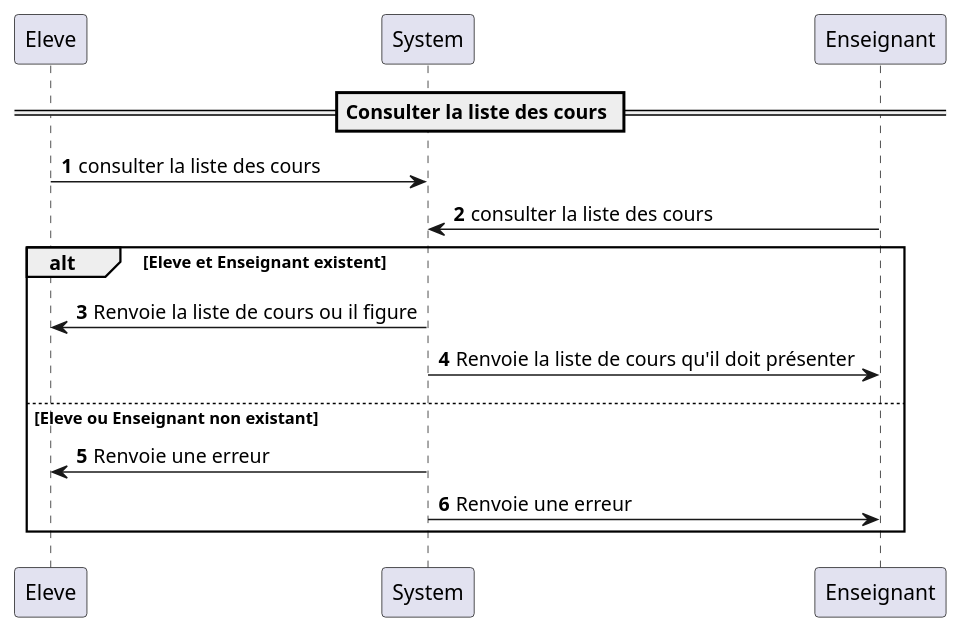
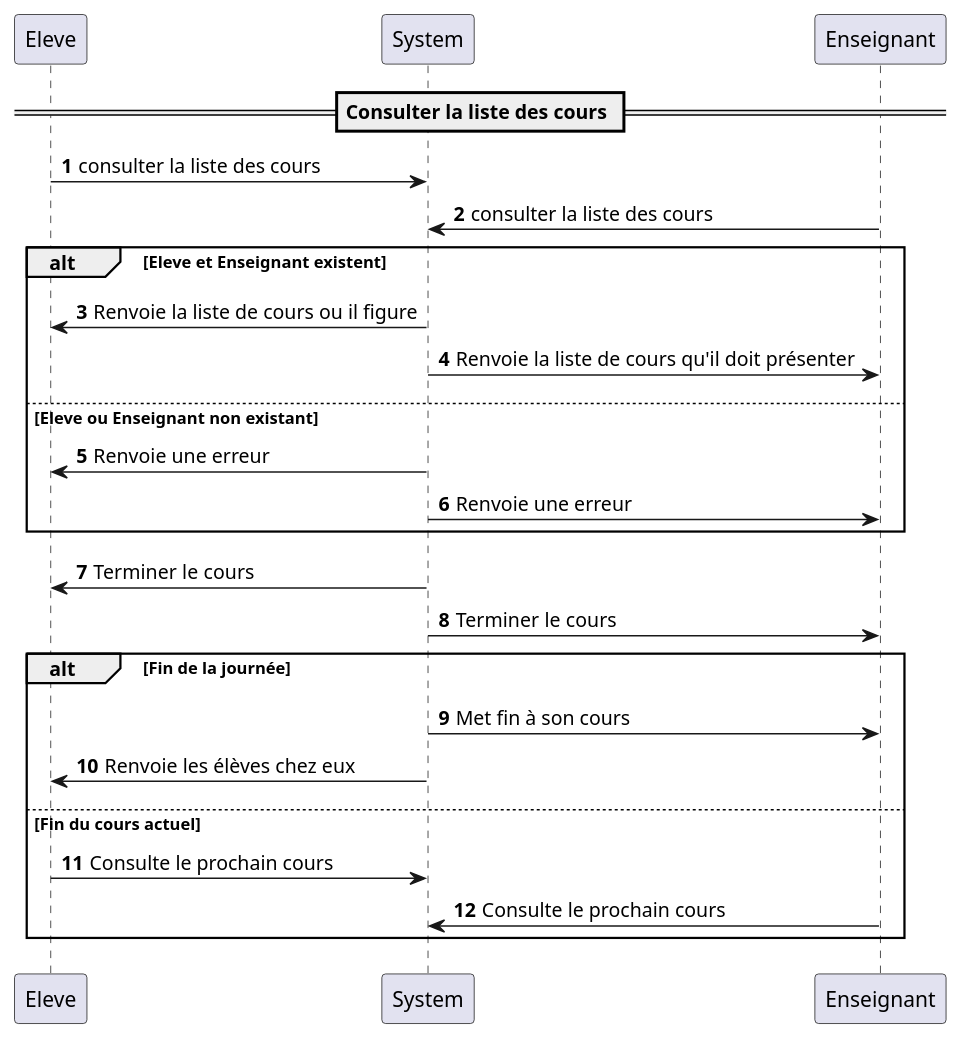
One commit to KMorere/school_uml changed the diagram in sequence-class.puml. Above: the diagram before and after it, drawn with PlantUML.

Commit message:
Added second alt sequence to manage the end of the day.

```diff
--- a/sequence-class.puml
+++ b/sequence-class.puml
@@ -1,22 +1,30 @@
 @startuml
 'https://plantuml.com/sequence-diagram
 
 autonumber
 
 !pragma teoz true
 !pragma sequenceMessageSpan true
 
 == Consulter la liste des cours ==
 
 Eleve -> System: consulter la liste des cours
 Enseignant -> System: consulter la liste des cours
 alt Eleve et Enseignant existent
     System -> Eleve: Renvoie la liste de cours ou il figure
     System -> Enseignant: Renvoie la liste de cours qu'il doit présenter
 else Eleve ou Enseignant non existant
     System -> Eleve: Renvoie une erreur
     System -> Enseignant: Renvoie une erreur
 end
 
+System -> Eleve : Terminer le cours
+System -> Enseignant : Terminer le cours
+alt Fin de la journée
+    System -> Enseignant : Met fin à son cours
+    System -> Eleve : Renvoie les élèves chez eux
+else Fin du cours actuel
+    Eleve -> System : Consulte le prochain cours
+    Enseignant -> System : Consulte le prochain cours
 
 @enduml
```
